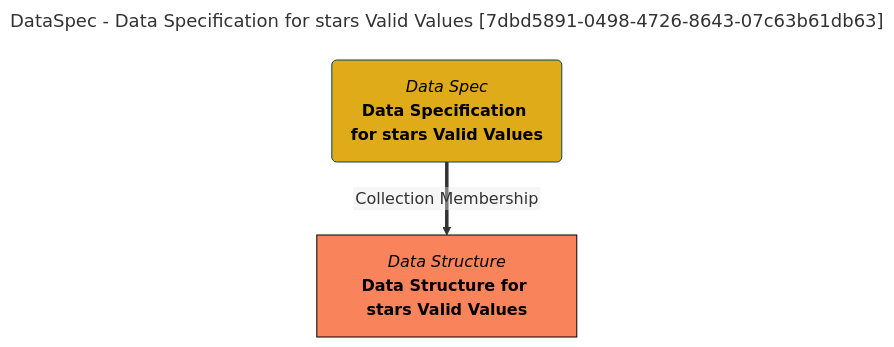
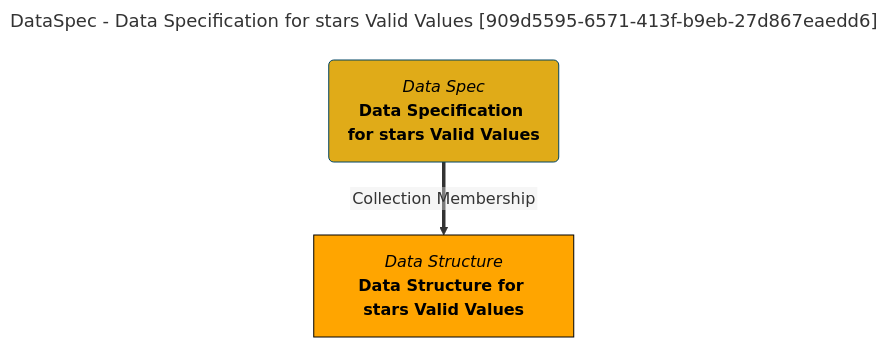
Before and after one commit to odpi/egeria-docs: the diagram in site/snippets/collections/data-specs/data-specification-for-stars-valid-values-mermaid-graph.md, drawn with Mermaid. The commit also changed 2201 other files, not shown here.

````diff
--- a/site/snippets/collections/data-specs/data-specification-for-stars-valid-values-mermaid-graph.md
+++ b/site/snippets/collections/data-specs/data-specification-for-stars-valid-values-mermaid-graph.md
@@ -1,15 +1,15 @@
 ```mermaid
 ---
-title: DataSpec - Data Specification for stars Valid Values [7dbd5891-0498-4726-8643-07c63b61db63]
+title: DataSpec - Data Specification for stars Valid Values [909d5595-6571-413f-b9eb-27d867eaedd6]
 ---
 flowchart TD
 %%{init: {"flowchart": {"htmlLabels": false}} }%%
 
 1@{ shape: rounded, label: "*Data Spec*
 **Data Specification for stars Valid Values**"}
 2@{ shape: rect, label: "*Data Structure*
 **Data Structure for stars Valid Values**"}
 1==>|"Collection Membership"|2
 style 1 color:#000000, fill:#e0ab18, stroke:#004563
-style 2 color:#000000, fill:#f9845b, stroke:#000000
+style 2 color:#000000, fill:#FFA500, stroke:#000000
 ```
````
